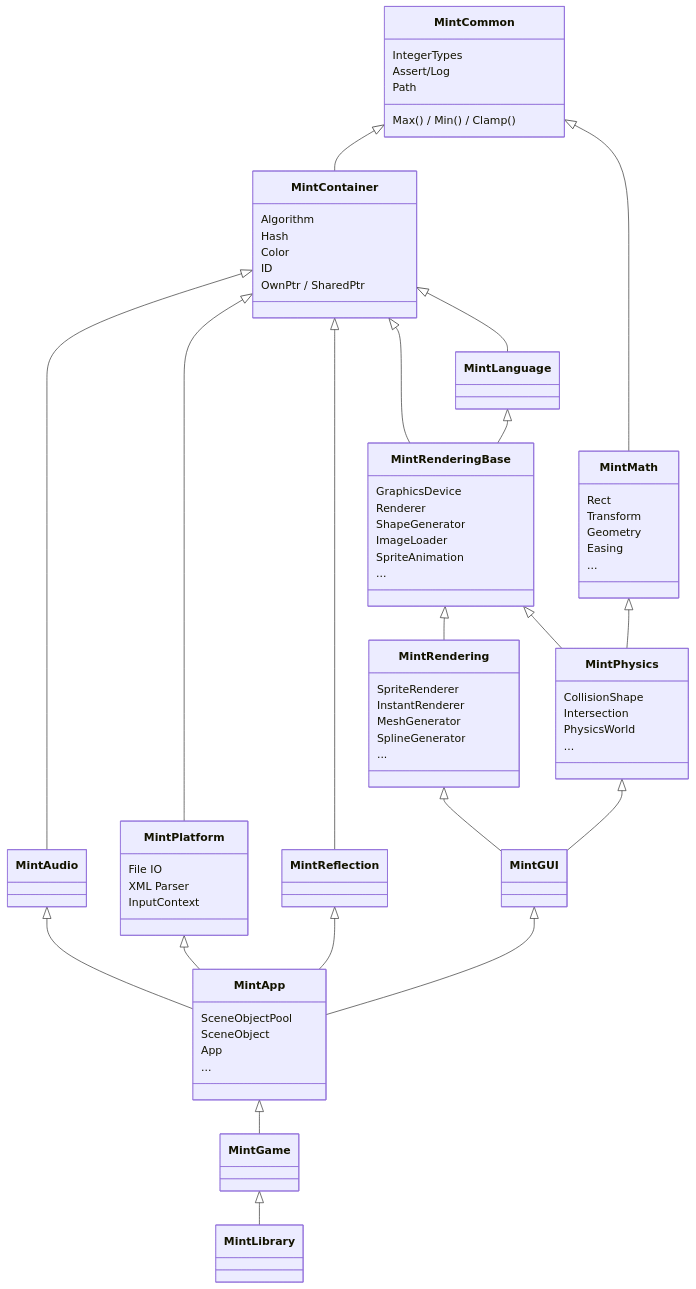
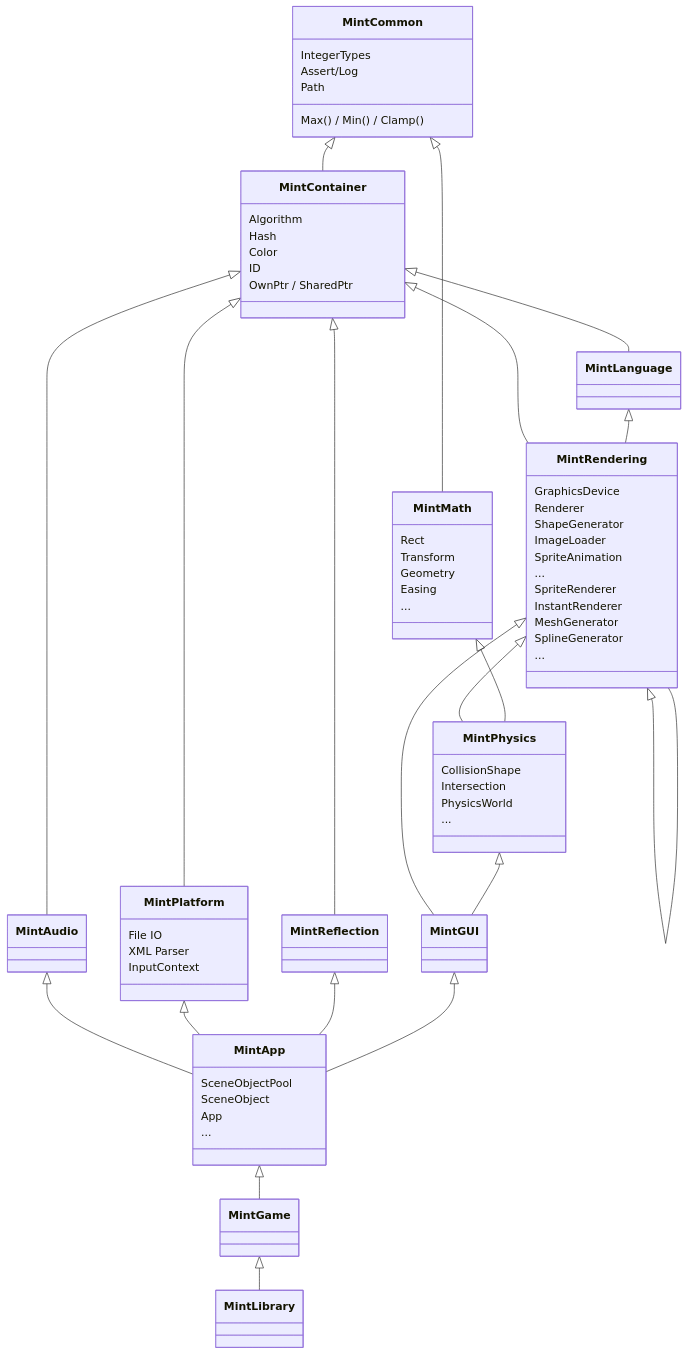
Before and after one commit to principal6/MintLibrary: the diagram in MintCommon/LibraryStructure.md, drawn with Mermaid. The commit also changed 136 other files, not shown here.

Commit message:
Merged MintRenderingBase and MintRendering

```diff
--- a/MintCommon/LibraryStructure.md
+++ b/MintCommon/LibraryStructure.md
@@ -6,15 +6,15 @@
 
     MintContainer <|-- MintAudio
     MintContainer <|-- MintPlatform
-    MintContainer <|-- MintRenderingBase
+    MintContainer <|-- MintRendering
     MintContainer <|-- MintReflection
     MintContainer <|-- MintLanguage
 
-    MintLanguage <|-- MintRenderingBase
+    MintLanguage <|-- MintRendering
 
-    MintRenderingBase <|-- MintRendering
+    MintRendering <|-- MintRendering
 
-    MintRenderingBase <|-- MintPhysics
+    MintRendering <|-- MintPhysics
     MintMath <|-- MintPhysics
 
     MintRendering <|-- MintGUI
@@ -54,7 +54,7 @@
         Easing
         ...
     }
-    class MintRenderingBase{
+    class MintRendering{
         GraphicsDevice
         Renderer
         ShapeGenerator
```
